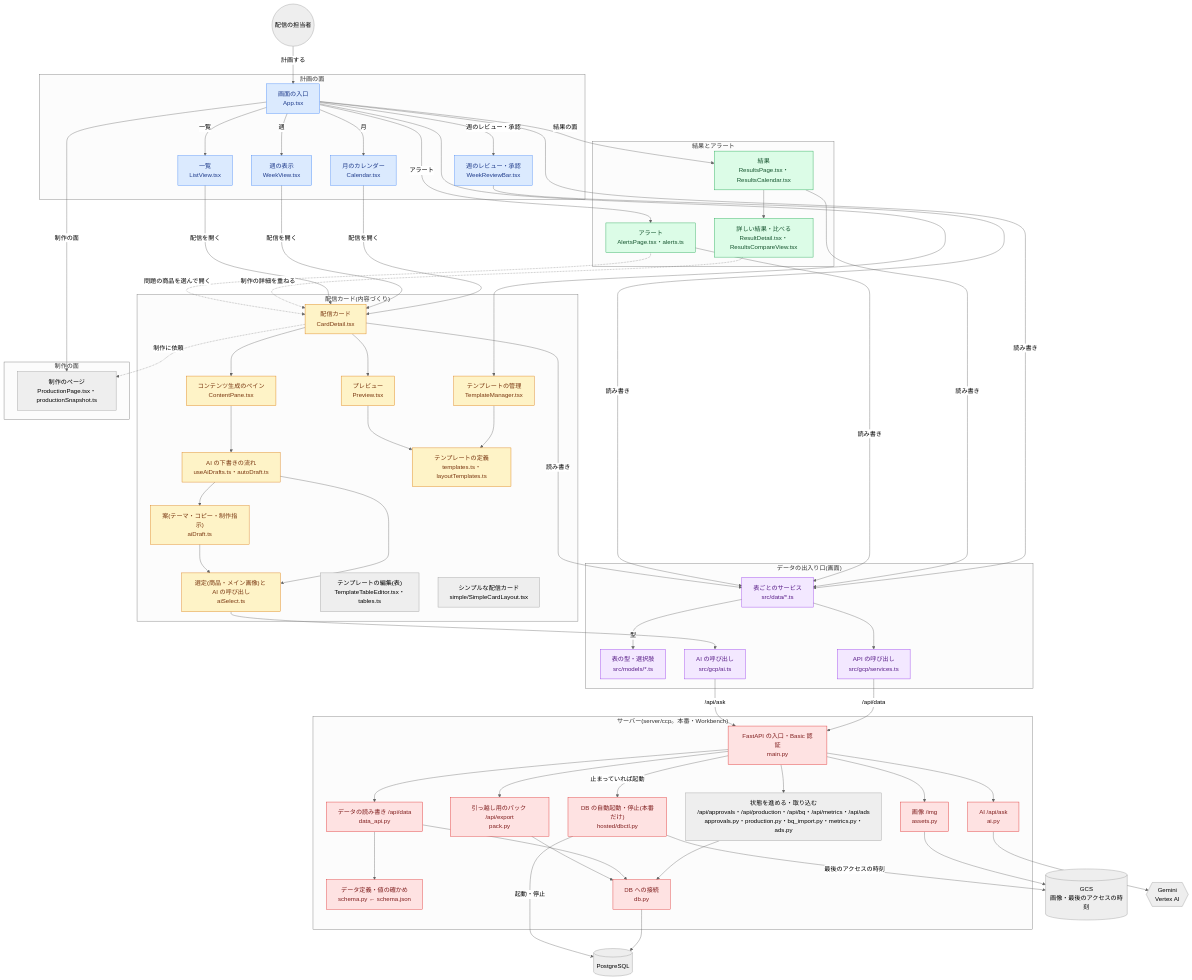
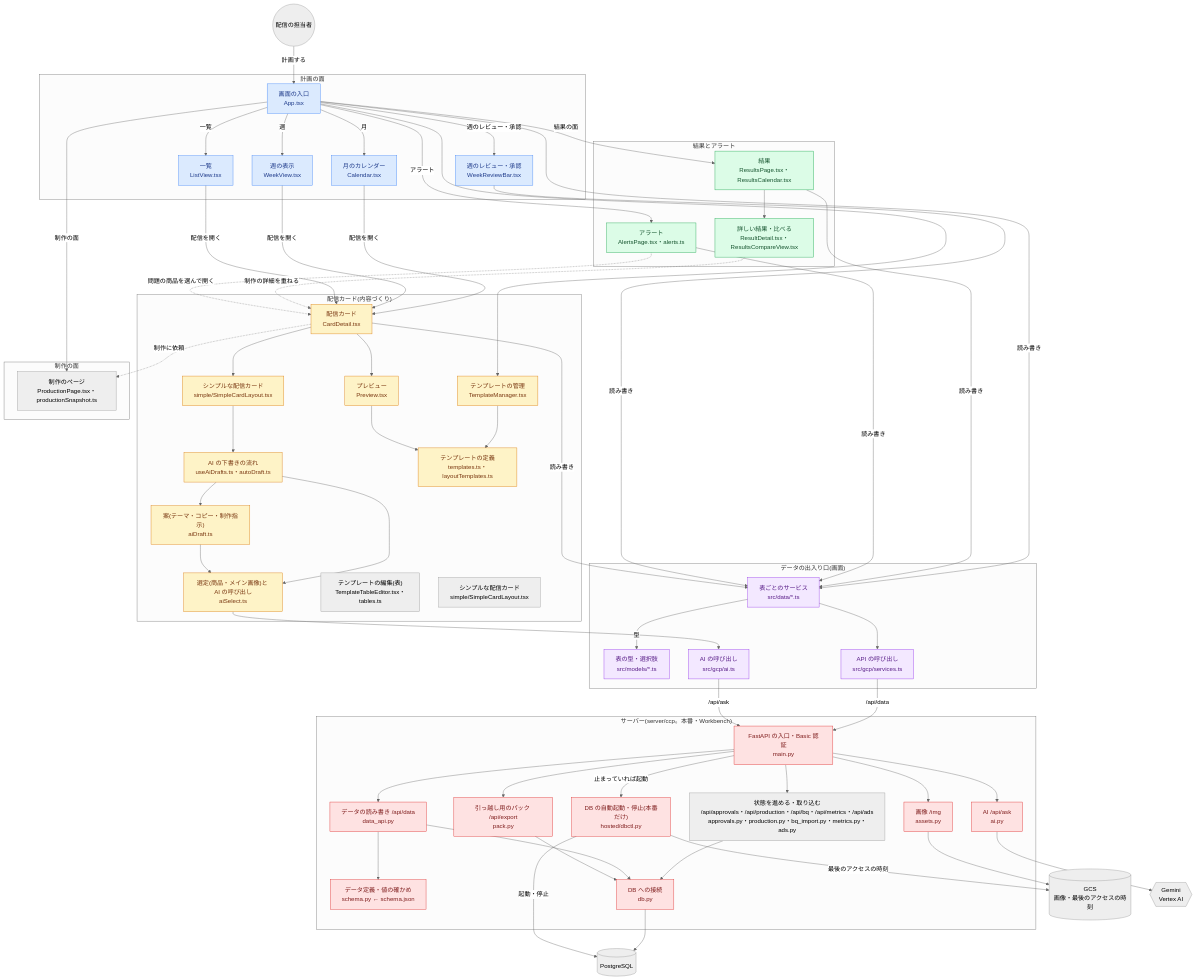
One commit to audeoinc/ccp changed the diagram in docs/SOURCE_MAP.md. Above: the diagram before and after it, drawn with Mermaid (neutral theme). The commit also changed other lines of this file and 31 other files, not shown here.

Commit message:
詳しい配信カードを消し、配信カードはいつもシンプルで開く(2026-10-28 利用者): ClassicCardLayout など 13 ファイルと「シンプル | 詳しい」の切り替えを消した。人の設定 simpleCard.on は読まない、リンクの tab= は読み捨てる。データ・表は変えない。文書をシンプルだけの形に

```diff
--- a/docs/SOURCE_MAP.md
+++ b/docs/SOURCE_MAP.md
@@ -50,7 +50,7 @@
 
     subgraph authoring["配信カード(内容づくり)"]
         card["配信カード<br/>CardDetail.tsx"]
-        content["コンテンツ生成のペイン<br/>ContentPane.tsx"]
+        content["シンプルな配信カード<br/>simple/SimpleCardLayout.tsx"]
         preview["プレビュー<br/>Preview.tsx"]
         drafts["AI の下書きの流れ<br/>useAiDrafts.ts・autoDraft.ts"]
         aidraft["案(テーマ・コピー・制作指示)<br/>aiDraft.ts"]
```
